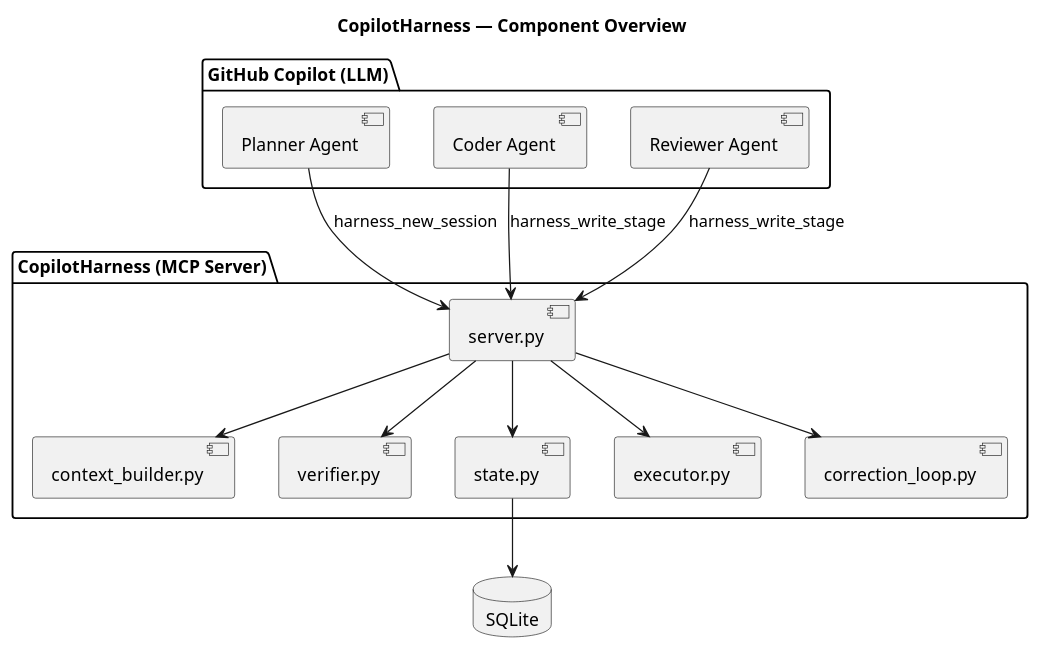
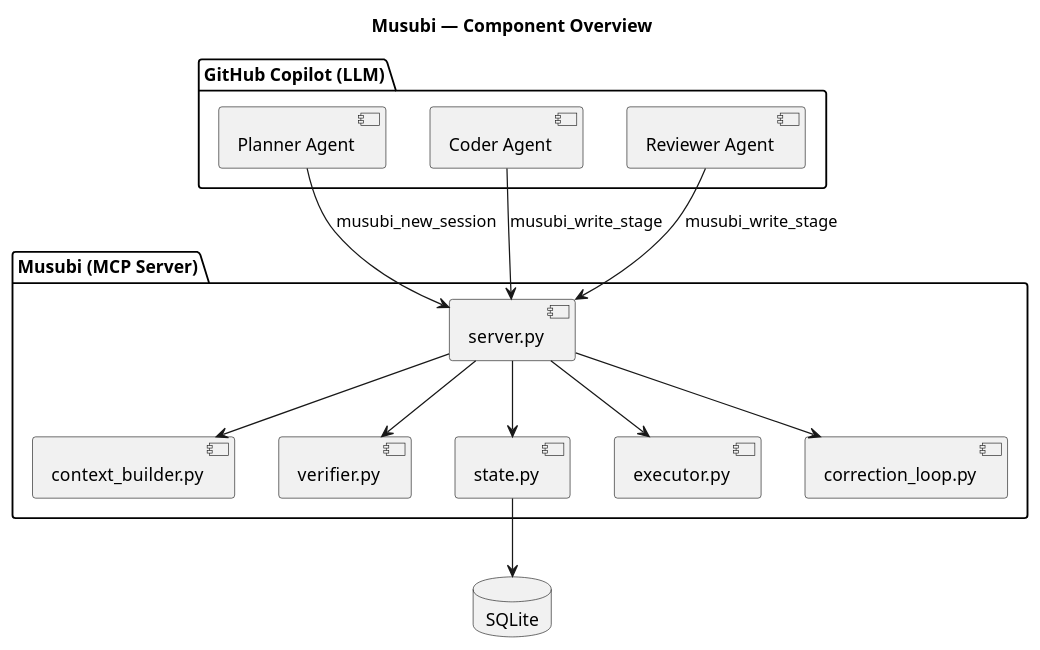
The third of 7 diagrams in .github/skills/documentation/references/plantuml-guide.md (Eurus7895/Musubi), drawn with PlantUML before and after one commit. The commit also changed other lines of this file and 224 other files, not shown here.

First line of the commit message:
chore: rename CopilotHarness -> Musubi (substrate + breaking musubi_* MCP prefix)

````diff
--- a/.github/skills/documentation/references/plantuml-guide.md
+++ b/.github/skills/documentation/references/plantuml-guide.md
@@ -75,33 +75,33 @@
 ```plantuml
 @startuml
-title CopilotHarness — Component Overview
+title Musubi — Component Overview
 
 package "GitHub Copilot (LLM)" {
     [Planner Agent]
     [Coder Agent]
     [Reviewer Agent]
 }
 
-package "CopilotHarness (MCP Server)" {
+package "Musubi (MCP Server)" {
     [server.py] as server
     [context_builder.py] as ctx
     [verifier.py] as ver
     [state.py] as state
     [executor.py] as exec
     [correction_loop.py] as loop
 }
 
 database "SQLite" as db
 
-[Planner Agent] --> server : harness_new_session
-[Coder Agent] --> server : harness_write_stage
-[Reviewer Agent] --> server : harness_write_stage
+[Planner Agent] --> server : musubi_new_session
+[Coder Agent] --> server : musubi_write_stage
+[Reviewer Agent] --> server : musubi_write_stage
 
 server --> ctx
 server --> ver
 server --> state
 server --> exec
 server --> loop
 state --> db
 @enduml
 ```
````
